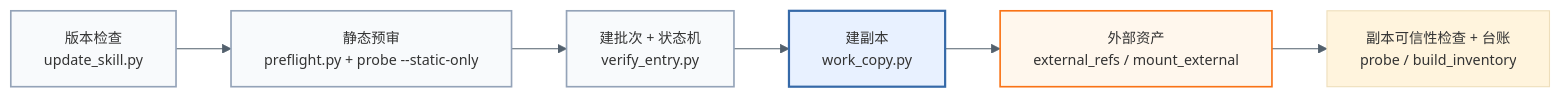
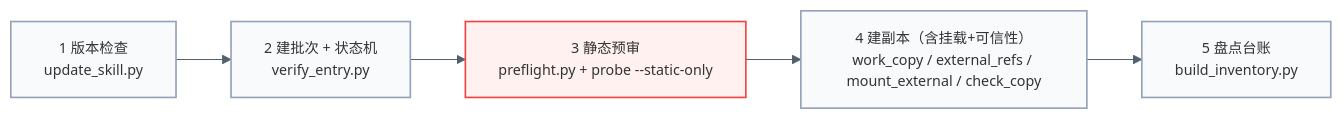
Before and after one commit to KnowledgeXLab/sci-asset-verify-skill: the first of 3 diagrams in README.md, drawn with Mermaid. The commit also changed other lines of this file, not shown here.

````diff
--- a/README.md
+++ b/README.md
@@ -173,12 +173,10 @@
 ```mermaid
 %%{init: {"theme": "base", "themeVariables": {"fontSize": "13px", "lineColor": "#52606d"}}}%%
 flowchart LR
-    A["版本检查<br/>update_skill.py"] --> B["静态预审<br/>preflight.py + probe --static-only"] --> C["建批次 + 状态机<br/>verify_entry.py"] --> D["建副本<br/>work_copy.py"] --> E["外部资产<br/>external_refs / mount_external"] --> F["副本可信性检查 + 台账<br/>probe / build_inventory"]
+    A["1 版本检查<br/>update_skill.py"] --> B["2 建批次 + 状态机<br/>verify_entry.py"] --> C["3 静态预审<br/>preflight.py + probe --static-only"] --> D["4 建副本（含挂载+可信性）<br/>work_copy / external_refs / mount_external / check_copy"] --> E["5 盘点台账<br/>build_inventory.py"]
 
     classDef script fill:#f8fafc,stroke:#94a3b8,stroke-width:1.5px;
-    classDef human fill:#fff7ed,stroke:#f97316,stroke-width:1.5px;
-    classDef focus fill:#e8f1ff,stroke:#3569a8,stroke-width:2px;
-    class A,B,C script;
-    class D focus;
-    class E human;
+    classDef stop fill:#fff1f0,stroke:#ef4444;
+    class A,B,C,D,E script
+    class C stop
 ```
````
